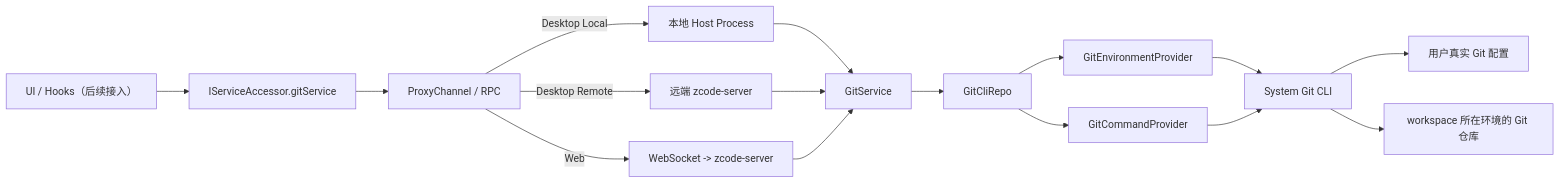
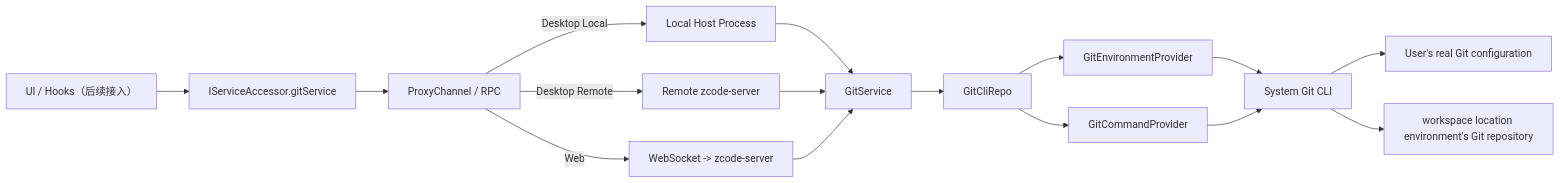
The diagram in docs/git/service-foundation.md (osben/ZCode), drawn with Mermaid before and after one commit. The commit also changed other lines of this file and 21 other files, not shown here.

````diff
--- a/docs/git/service-foundation.md
+++ b/docs/git/service-foundation.md
@@ -19,22 +19,22 @@
 ```mermaid
 flowchart LR
   UI["UI / Hooks（后续接入）"] --> Accessor["IServiceAccessor.gitService"]
   Accessor --> RPC["ProxyChannel / RPC"]
 
-  RPC -->|"Desktop Local"| Local["本地 Host Process"]
-  RPC -->|"Desktop Remote"| Remote["远端 zcode-server"]
+  RPC -->|"Desktop Local"| Local["Local Host Process"]
+  RPC -->|"Desktop Remote"| Remote["Remote zcode-server"]
   RPC -->|"Web"| Web["WebSocket -> zcode-server"]
 
   Local --> GitService["GitService"]
   Remote --> GitService
   Web --> GitService
 
   GitService --> Repo["GitCliRepo"]
   Repo --> Env["GitEnvironmentProvider"]
   Repo --> Cmd["GitCommandProvider"]
 
   Env --> GitCLI["System Git CLI"]
   Cmd --> GitCLI
-  GitCLI --> GitConfig["用户真实 Git 配置"]
-  GitCLI --> WorkspaceRepo["workspace 所在环境的 Git 仓库"]
+  GitCLI --> GitConfig["User's real Git configuration"]
+  GitCLI --> WorkspaceRepo["workspace location environment's Git repository"]
 ```
````
